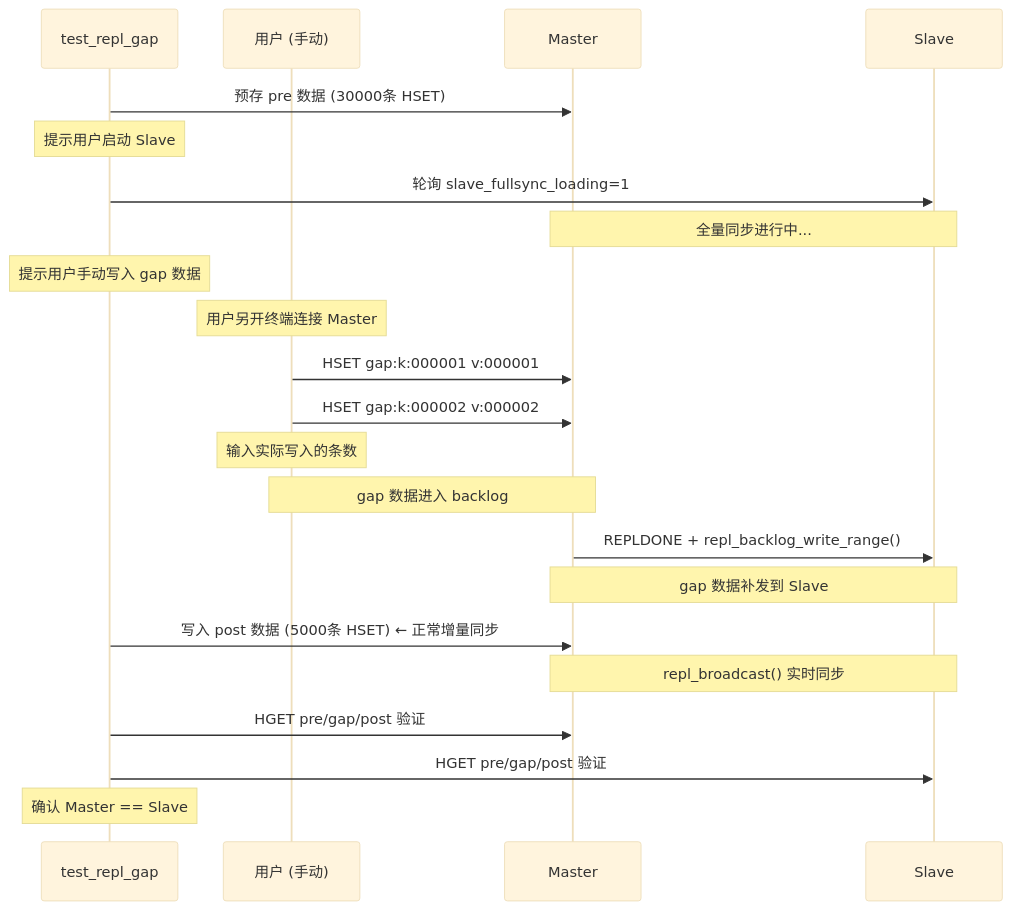
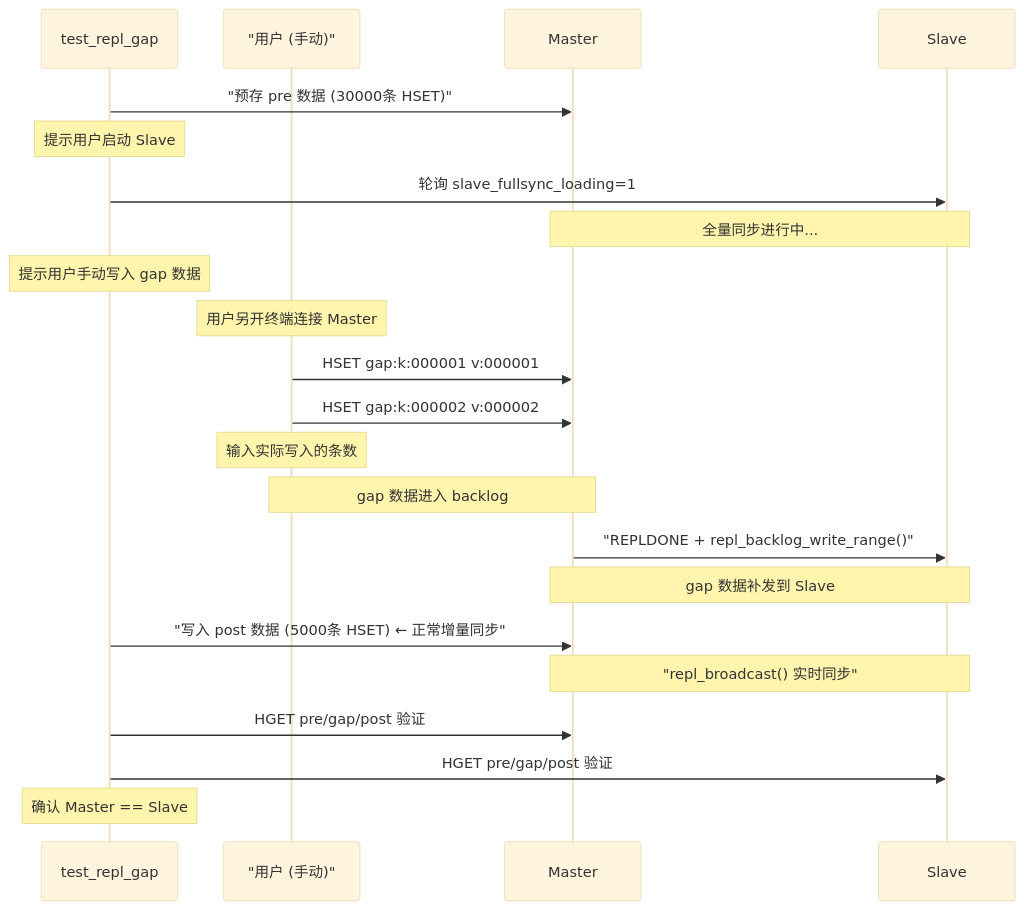
Diagram 15 of 15 in README.md (robotlover-1/kvstore), drawn with Mermaid (base theme) before and after one commit. The commit also changed other lines of this file, not shown here.

First line of the commit message:
docs: 修复 mermaid sequence diagram 特殊字符渲染

````diff
--- a/README.md
+++ b/README.md
@@ -3762,31 +3762,31 @@
 ```mermaid
 sequenceDiagram
     participant T as test_repl_gap
-    participant U as 用户 (手动)
+    participant U as "用户 (手动)"
     participant M as Master
     participant S as Slave
 
-    T->>M: 预存 pre 数据 (30000条 HSET)
+    T->>M: "预存 pre 数据 (30000条 HSET)"
 
     Note over T: 提示用户启动 Slave
     T->>S: 轮询 slave_fullsync_loading=1
 
     Note over M,S: 全量同步进行中...
 
     Note over T: 提示用户手动写入 gap 数据
     Note over U: 用户另开终端连接 Master
     U->>M: HSET gap:k:000001 v:000001
     U->>M: HSET gap:k:000002 v:000002
     Note over U: 输入实际写入的条数
     Note over U,M: gap 数据进入 backlog
 
-    M->>S: REPLDONE + repl_backlog_write_range()
+    M->>S: "REPLDONE + repl_backlog_write_range()"
     Note over M,S: gap 数据补发到 Slave
 
-    T->>M: 写入 post 数据 (5000条 HSET)  ← 正常增量同步
-    Note over M,S: repl_broadcast() 实时同步
+    T->>M: "写入 post 数据 (5000条 HSET)  ← 正常增量同步"
+    Note over M,S: "repl_broadcast() 实时同步"
 
     T->>M: HGET pre/gap/post 验证
     T->>S: HGET pre/gap/post 验证
     Note over T: 确认 Master == Slave
 ```
````
